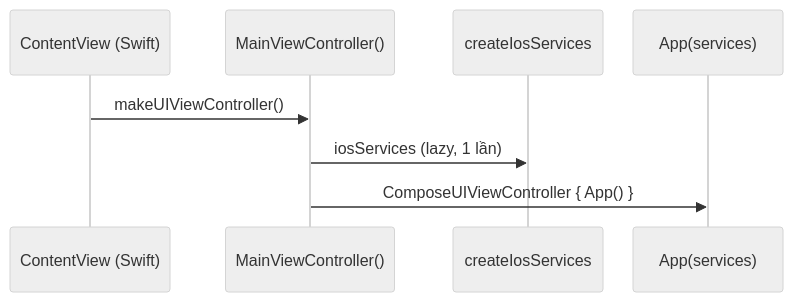
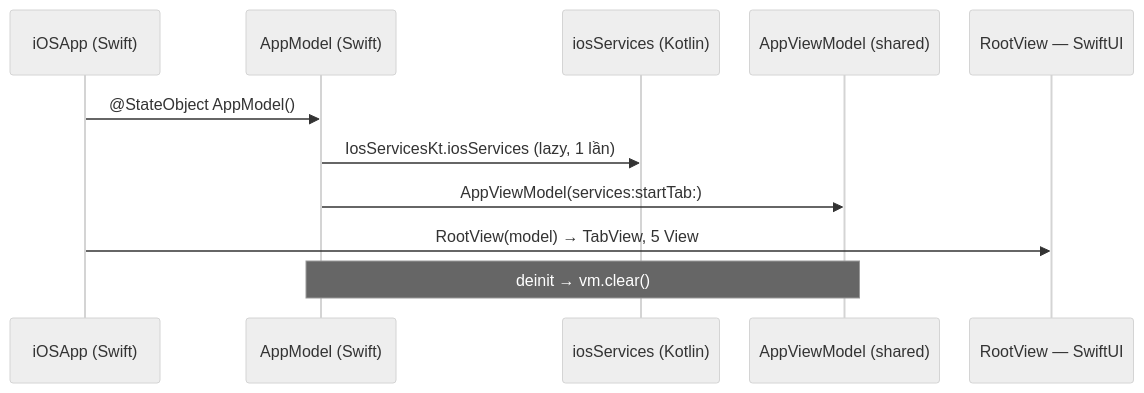
The third of 5 diagrams in docs/README-KMP-HOW-IT-WORKS.md (tucarmd/kotlin-multi-platform), drawn with Mermaid (neutral theme) before and after one commit. The commit also changed other lines of this file and 16 other files, not shown here.

First line of the commit message:
docs(site): R6 — docs follow the native-UI architecture (Jetpack Compose · SwiftUI on shared ViewModels)

````diff
--- a/docs/README-KMP-HOW-IT-WORKS.md
+++ b/docs/README-KMP-HOW-IT-WORKS.md
@@ -98,11 +95,14 @@
 ```mermaid
 %%{init: {"sequence": {"actorFontSize": 17, "messageFontSize": 17, "noteFontSize": 16, "actorMargin": 30}}}%%
 sequenceDiagram
-    participant SW as ContentView (Swift)
-    participant MVC as MainViewController()
-    participant CI as createIosServices
-    participant APP as App(services)
-    SW->>MVC: makeUIViewController()
-    MVC->>CI: iosServices (lazy, 1 lần)
-    MVC->>APP: ComposeUIViewController { App() }
+    participant APP as iOSApp (Swift)
+    participant AM as AppModel (Swift)
+    participant IS as iosServices (Kotlin)
+    participant VM as AppViewModel (shared)
+    participant RV as RootView — SwiftUI
+    APP->>AM: @StateObject AppModel()
+    AM->>IS: IosServicesKt.iosServices (lazy, 1 lần)
+    AM->>VM: AppViewModel(services:startTab:)
+    APP->>RV: RootView(model) → TabView, 5 View
+    Note over AM,VM: deinit → vm.clear()
 ```
````
